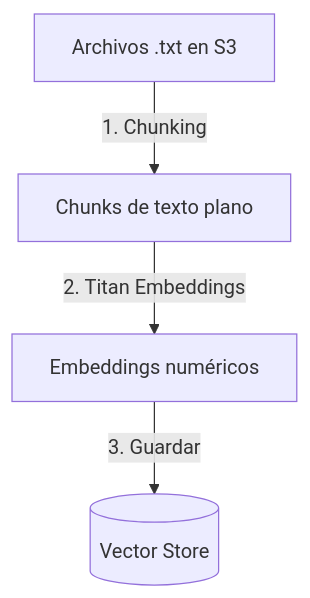
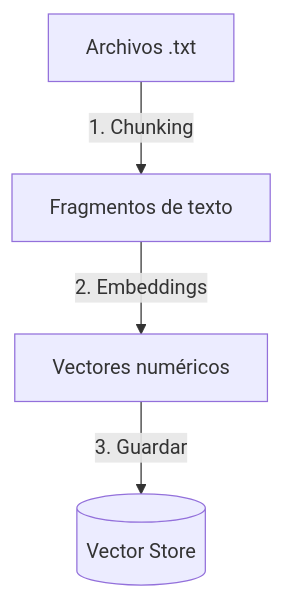
The second of 3 diagrams in README.md (sofia-torres-v/AutoSpec-Voice-Assistant), drawn with Mermaid before and after one commit. The commit also changed other lines of this file and 2 other files, not shown here.

````diff
--- a/README.md
+++ b/README.md
@@ -58,6 +51,6 @@
 ```mermaid
 flowchart TD
-    S3["Archivos .txt en S3"] -->|"1. Chunking"| CH["Chunks de texto plano"]
-    CH -->|"2. Titan Embeddings"| EMB["Embeddings numéricos"]
+    DOC["Archivos .txt"] -->|"1. Chunking"| CH["Fragmentos de texto"]
+    CH -->|"2. Embeddings"| EMB["Vectores numéricos"]
     EMB -->|"3. Guardar"| VS[("Vector Store")]
 ```
````
